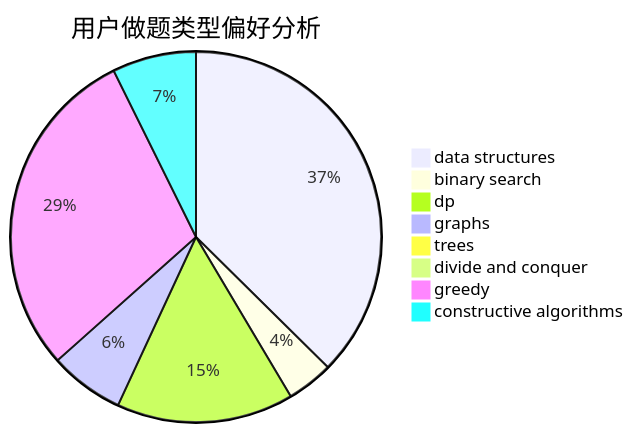
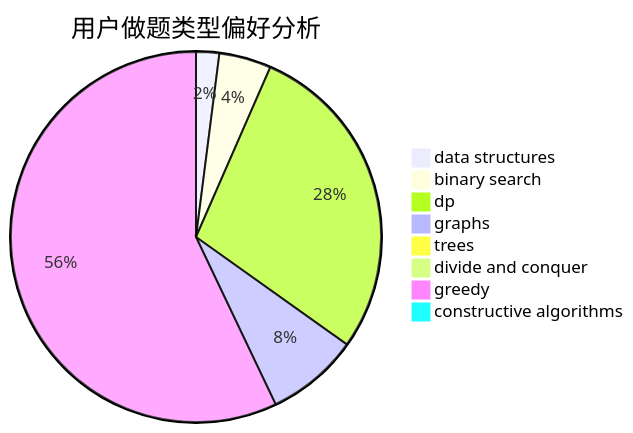
Before and after one commit to sherpahu/cfrs.github.io: the second of 3 diagrams in docs/user/u2587.md, drawn with Mermaid. The commit also changed other lines of this file and 2770 other files, not shown here.

````diff
--- a/docs/user/u2587.md
+++ b/docs/user/u2587.md
@@ -23,11 +23,11 @@
 ```mermaid
 pie title 用户做题类型偏好分析
-    "data structures" :  46
-    "binary search" :  5
-    "dp" :  19
-    "graphs" :  8
+    "data structures" :  4
+    "binary search" :  9
+    "dp" :  56
+    "graphs" :  16
     "trees" :  1
-    "divide and conquer" :  0
-    "greedy" :  36
-    "constructive algorithms" :  9
+    "divide and conquer" :  1
+    "greedy" :  113
+    "constructive algorithms" :  1
 ```
````
